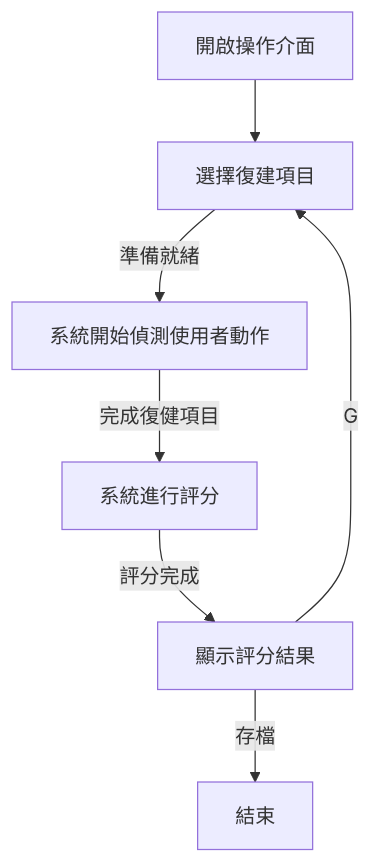
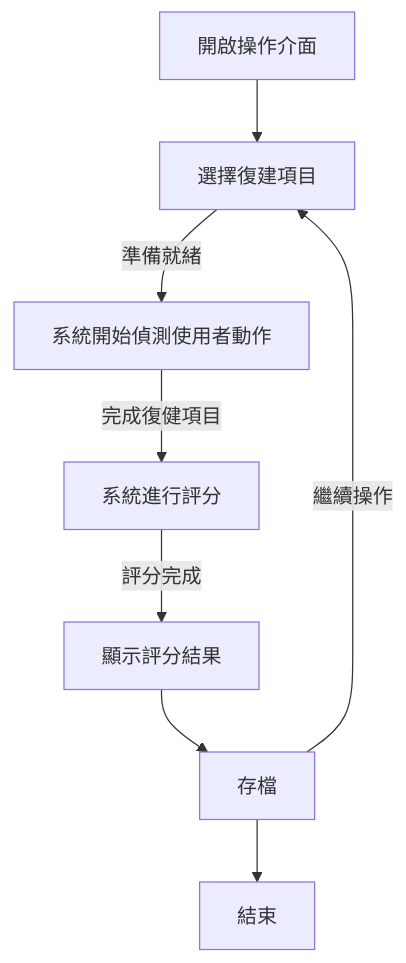
Before and after one commit to jamie-commander/Python_MediaPipe_Tk: the diagram in README.md, drawn with Mermaid.

````diff
--- a/README.md
+++ b/README.md
@@ -4,9 +4,10 @@
 ```mermaid
         graph TD
         Big_Data_Catch[開啟操作介面] --> Calc[選擇復建項目]
         Calc -- 準備就緒 --> Analysis[系統開始偵測使用者動作]
         Analysis -- 完成復健項目 --> feature[系統進行評分]
         feature -- 評分完成 --> backtrader[顯示評分結果]
-        backtrader -- 存檔 --> result[結束]
-        backtrader -- G --> Calc
+        backtrader --> save[存檔]
+        save -- 繼續操作 --> Calc
+        save --> result[結束]
 ```
````
